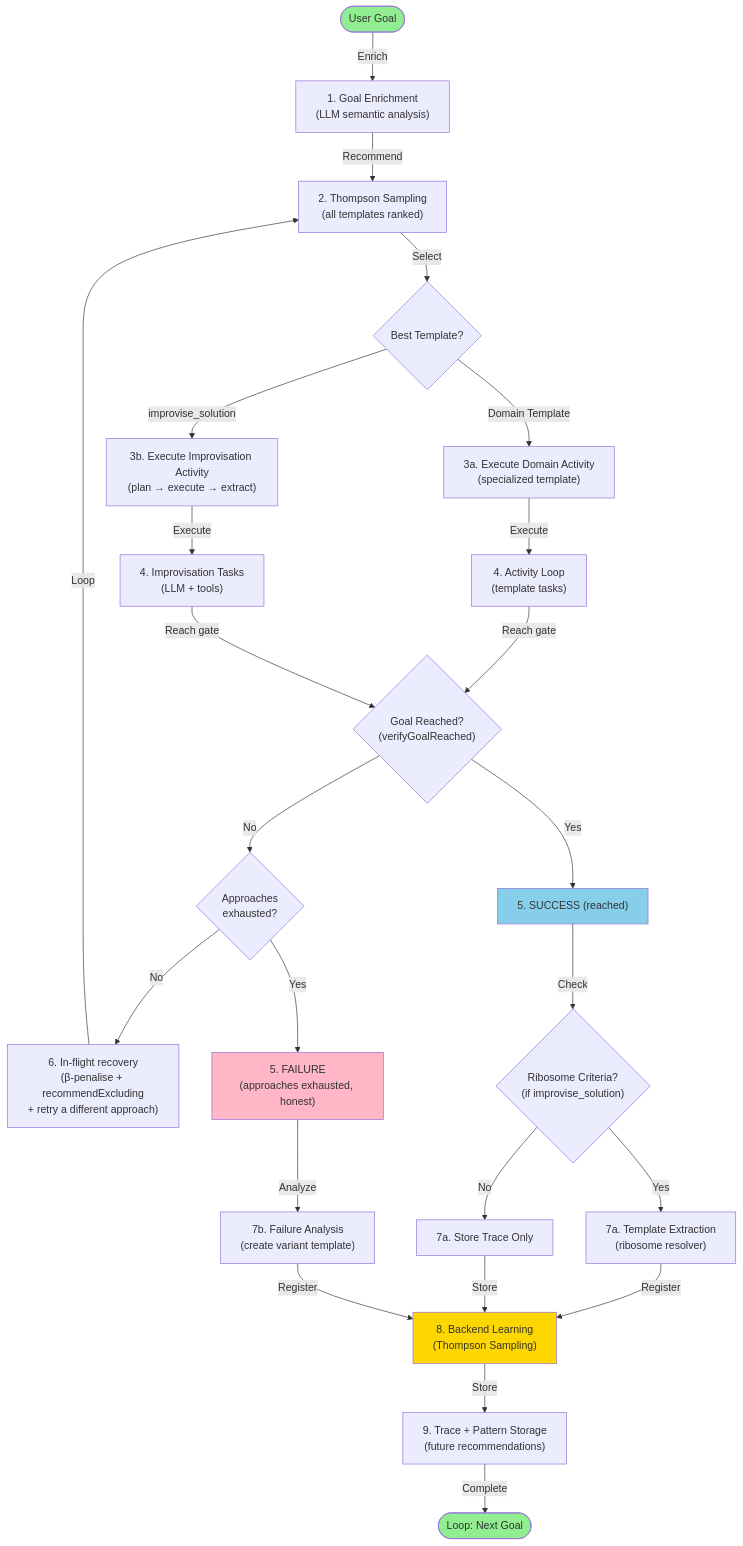
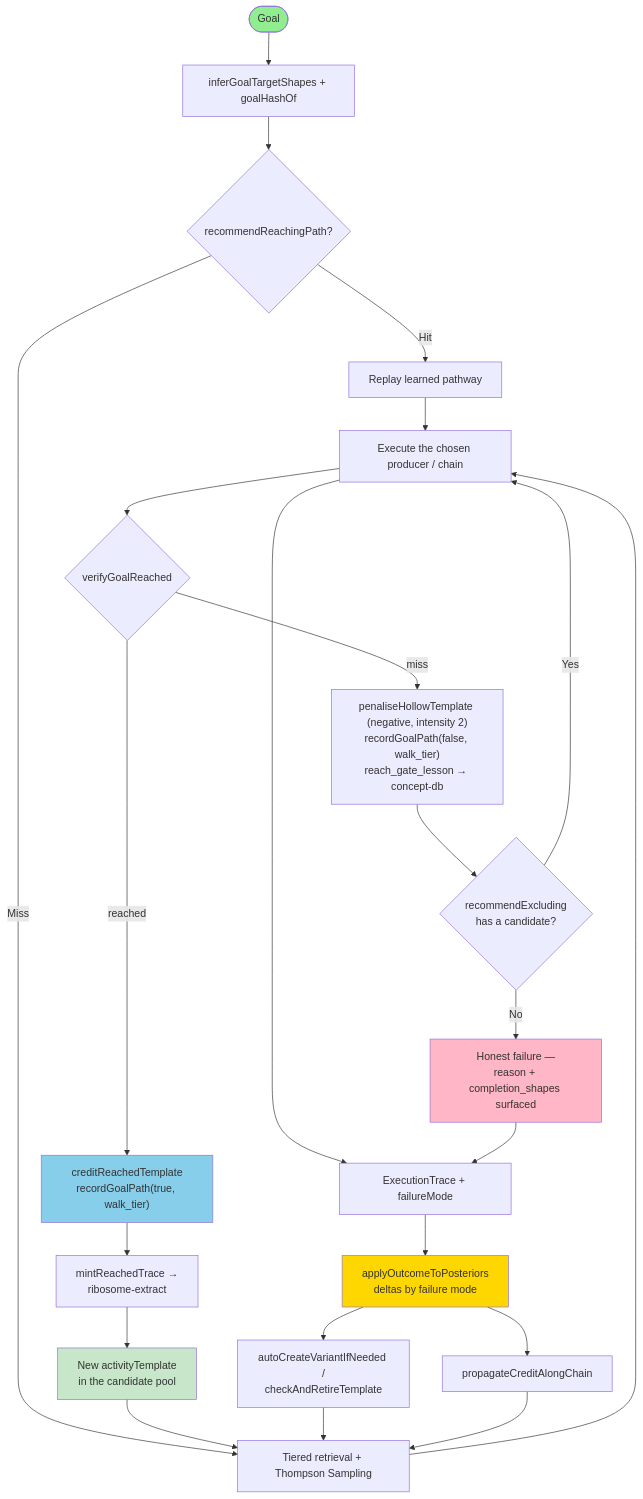
One commit to AviGopal/substrate changed the eighth of 8 diagrams in docs/architecture/sequences/04-improvisation-failure-modes.md. Above: the diagram before and after it, drawn with Mermaid. The commit also changed other lines of this file and 43 other files, not shown here.

````diff
--- a/docs/architecture/sequences/04-improvisation-failure-modes.md
+++ b/docs/architecture/sequences/04-improvisation-failure-modes.md
@@ -761,45 +378,38 @@
 ```mermaid
 graph TB
-    Start([User Goal]) -->|Enrich| A["1. Goal Enrichment<br/>(LLM semantic analysis)"]
+    Start([Goal]) --> Infer["inferGoalTargetShapes + goalHashOf"]
+    Infer --> Reuse{"recommendReachingPath?"}
 
-    A -->|Recommend| B["2. Thompson Sampling<br/>(all templates ranked)"]
+    Reuse -->|Hit| Replay["Replay learned pathway"]
+    Reuse -->|Miss| Rank["Tiered retrieval + Thompson Sampling"]
 
-    B -->|Select| C{"Best Template?"}
+    Rank --> Run["Execute the chosen producer / chain"]
+    Replay --> Run
+    Run --> Gate{"verifyGoalReached"}
 
-    C -->|Domain Template| D["3a. Execute Domain Activity<br/>(specialized template)"]
-    C -->|improvise_solution| E["3b. Execute Improvisation Activity<br/>(plan → execute → extract)"]
+    Gate -->|"reached"| Credit["creditReachedTemplate<br/>recordGoalPath(true, walk_tier)"]
+    Gate -->|"miss"| Pen["penaliseHollowTemplate (negative, intensity 2)<br/>recordGoalPath(false, walk_tier)<br/>reach_gate_lesson → concept-db"]
 
-    D -->|Execute| F["4. Activity Loop<br/>(template tasks)"]
-    E -->|Execute| G["4. Improvisation Tasks<br/>(LLM + tools)"]
+    Pen --> More{"recommendExcluding<br/>has a candidate?"}
+    More -->|Yes| Run
+    More -->|No| Honest["Honest failure —<br/>reason + completion_shapes surfaced"]
 
-    F -->|Reach gate| H{"Goal Reached?<br/>(verifyGoalReached)"}
-    G -->|Reach gate| H
+    Credit --> Mint["mintReachedTrace →<br/>ribosome-extract"]
+    Mint --> NewT["New activityTemplate<br/>in the candidate pool"]
 
-    H -->|No| I{"Approaches<br/>exhausted?"}
-    H -->|Yes| J["5. SUCCESS (reached)"]
+    Run --> Trace["ExecutionTrace + failureMode"]
+    Honest --> Trace
+    Trace --> Post["applyOutcomeToPosteriors<br/>deltas by failure mode"]
+    Post --> Chain["propagateCreditAlongChain"]
+    Post --> Var["autoCreateVariantIfNeeded /<br/>checkAndRetireTemplate"]
 
-    I -->|No| K["6. In-flight recovery<br/>(β-penalise + recommendExcluding<br/>+ retry a different approach)"]
-    I -->|Yes| L["5. FAILURE<br/>(approaches exhausted, honest)"]
-
-    K -->|Loop| B
-
-    J -->|Check| M{"Ribosome Criteria?<br/>(if improvise_solution)"}
-    M -->|Yes| N["7a. Template Extraction<br/>(ribosome resolver)"]
-    M -->|No| O["7a. Store Trace Only"]
-
-    L -->|Analyze| P["7b. Failure Analysis<br/>(create variant template)"]
-
-    N -->|Register| Q["8. Backend Learning<br/>(Thompson Sampling)"]
-    O -->|Store| Q
-    P -->|Register| Q
-
-    Q -->|Store| R["9. Trace + Pattern Storage<br/>(future recommendations)"]
-
-    R -->|Complete| S([Loop: Next Goal])
+    NewT --> Rank
+    Var --> Rank
+    Chain --> Rank
 
     style Start fill:#90EE90
-    style J fill:#87CEEB
-    style L fill:#FFB6C6
-    style Q fill:#FFD700
-    style S fill:#90EE90
+    style Credit fill:#87CEEB
+    style Honest fill:#FFB6C6
+    style Post fill:#FFD700
+    style NewT fill:#c8e6c9
 ```
````
